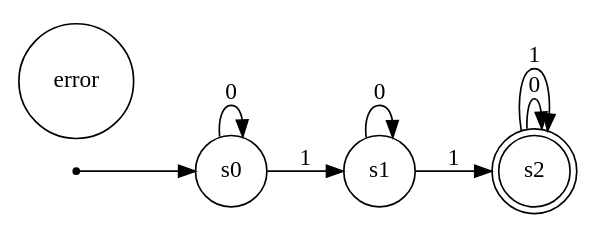
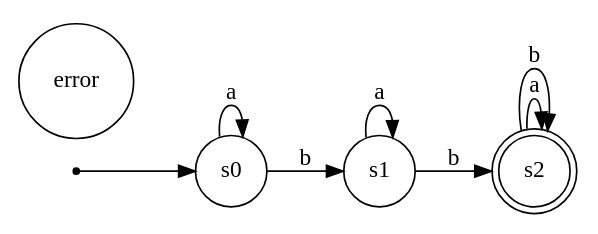
Before and after one commit to lukaz-r/AFD-animator: the diagram in dotfiles/arq_.dot, drawn with Graphviz. The commit also changed 21 other files, not shown here.

```diff
--- a/dotfiles/arq_.dot
+++ b/dotfiles/arq_.dot
@@ -1,18 +1,18 @@
 digraph maquina_de_estados { 
 	rankdir=LR;
 	size="10"
 	node [shape = doublecircle];
 	s2
 	node [shape = point];
 	p
 	node [shape = circle];
-	error [styled=filled, fillcolor=white];
+	error [style=filled, fillcolor=white];
 	p -> s0
 	node [shape = circle];
-	s0 -> s0 [label = "0"];
-	s0 -> s1 [label = "1"];
-	s1 -> s1 [label = "0"];
-	s1 -> s2 [label = "1"];
-	s2 -> s2 [label = "0"];
-	s2 -> s2 [label = "1"];
+	s0 -> s0 [label = "a"][color=black];
+	s0 -> s1 [label = "b"][color=black];
+	s1 -> s1 [label = "a"][color=black];
+	s1 -> s2 [label = "b"][color=black];
+	s2 -> s2 [label = "a"][color=black];
+	s2 -> s2 [label = "b"][color=black];
 	}
```
